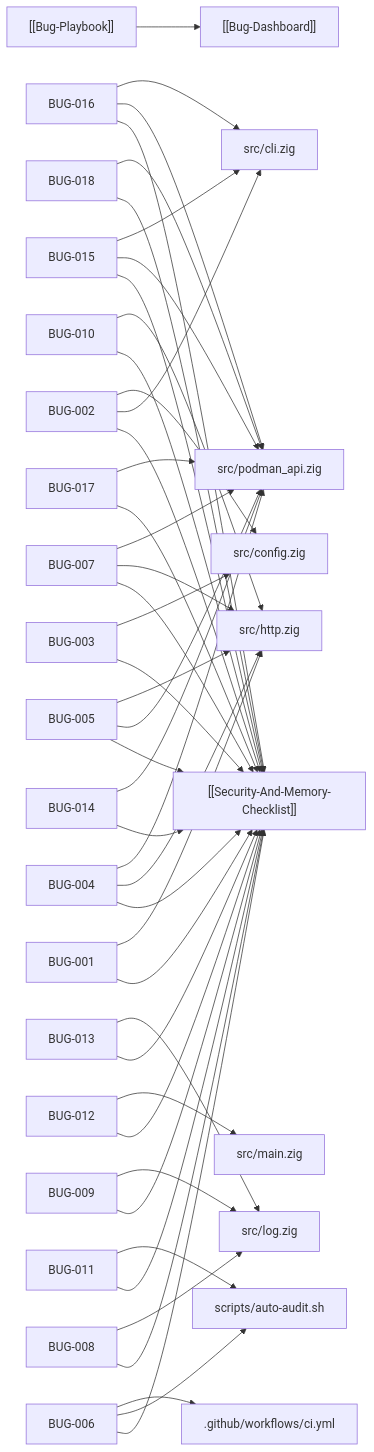
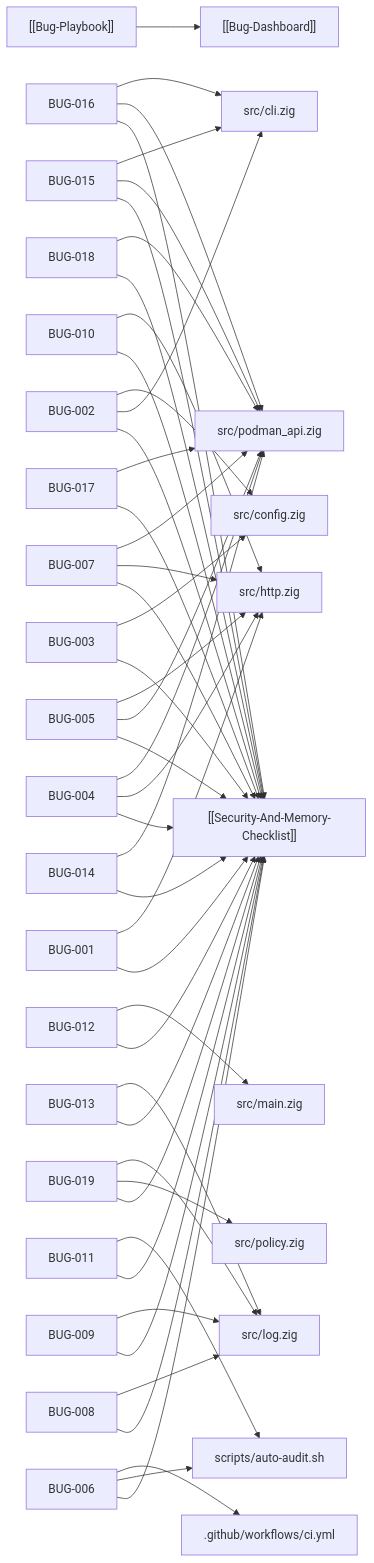
One commit to srayuth202510-byte/zigpodza changed the diagram in docs/vault/Bug-Dashboard.md. Above: the diagram before and after it, drawn with Mermaid. The commit also changed other lines of this file and 16 other files, not shown here.

Commit message:
Implement Phase 3: sandbox profile, zigpod-policy.json pre-flight guardrails, audit --json & DENY telemetry (BUG-019)

````diff
--- a/docs/vault/Bug-Dashboard.md
+++ b/docs/vault/Bug-Dashboard.md
@@ -29,47 +29,50 @@
 ```mermaid
 flowchart LR
     PLAYBOOK["[[Bug-Playbook]]"] --> DASH["[[Bug-Dashboard]]"]
     BUG001["BUG-001"] --> SEC["[[Security-And-Memory-Checklist]]"]
     BUG001 --> src_http_zig["src/http.zig"]
     BUG002["BUG-002"] --> SEC["[[Security-And-Memory-Checklist]]"]
     BUG002 --> src_cli_zig["src/cli.zig"]
     BUG002 --> src_config_zig["src/config.zig"]
     BUG003["BUG-003"] --> SEC["[[Security-And-Memory-Checklist]]"]
     BUG003 --> src_config_zig["src/config.zig"]
     BUG004["BUG-004"] --> SEC["[[Security-And-Memory-Checklist]]"]
     BUG004 --> src_http_zig["src/http.zig"]
     BUG004 --> src_podman_api_zig["src/podman_api.zig"]
     BUG005["BUG-005"] --> SEC["[[Security-And-Memory-Checklist]]"]
     BUG005 --> src_podman_api_zig["src/podman_api.zig"]
     BUG005 --> src_http_zig["src/http.zig"]
     BUG006["BUG-006"] --> SEC["[[Security-And-Memory-Checklist]]"]
     BUG006 --> scripts_auto_audit_sh["scripts/auto-audit.sh"]
     BUG006 --> _github_workflows_ci_yml[".github/workflows/ci.yml"]
     BUG007["BUG-007"] --> SEC["[[Security-And-Memory-Checklist]]"]
     BUG007 --> src_http_zig["src/http.zig"]
     BUG007 --> src_podman_api_zig["src/podman_api.zig"]
     BUG008["BUG-008"] --> SEC["[[Security-And-Memory-Checklist]]"]
     BUG008 --> src_log_zig["src/log.zig"]
     BUG009["BUG-009"] --> SEC["[[Security-And-Memory-Checklist]]"]
     BUG009 --> src_log_zig["src/log.zig"]
     BUG010["BUG-010"] --> SEC["[[Security-And-Memory-Checklist]]"]
     BUG010 --> src_http_zig["src/http.zig"]
     BUG011["BUG-011"] --> SEC["[[Security-And-Memory-Checklist]]"]
     BUG011 --> scripts_auto_audit_sh["scripts/auto-audit.sh"]
     BUG012["BUG-012"] --> SEC["[[Security-And-Memory-Checklist]]"]
     BUG012 --> src_main_zig["src/main.zig"]
     BUG013["BUG-013"] --> SEC["[[Security-And-Memory-Checklist]]"]
     BUG013 --> src_log_zig["src/log.zig"]
     BUG014["BUG-014"] --> SEC["[[Security-And-Memory-Checklist]]"]
     BUG014 --> src_podman_api_zig["src/podman_api.zig"]
     BUG015["BUG-015"] --> SEC["[[Security-And-Memory-Checklist]]"]
     BUG015 --> src_podman_api_zig["src/podman_api.zig"]
     BUG015 --> src_cli_zig["src/cli.zig"]
     BUG016["BUG-016"] --> SEC["[[Security-And-Memory-Checklist]]"]
     BUG016 --> src_podman_api_zig["src/podman_api.zig"]
     BUG016 --> src_cli_zig["src/cli.zig"]
     BUG017["BUG-017"] --> SEC["[[Security-And-Memory-Checklist]]"]
     BUG017 --> src_podman_api_zig["src/podman_api.zig"]
     BUG018["BUG-018"] --> SEC["[[Security-And-Memory-Checklist]]"]
     BUG018 --> src_podman_api_zig["src/podman_api.zig"]
+    BUG019["BUG-019"] --> SEC["[[Security-And-Memory-Checklist]]"]
+    BUG019 --> src_policy_zig["src/policy.zig"]
+    BUG019 --> src_log_zig["src/log.zig"]
 ```
````
